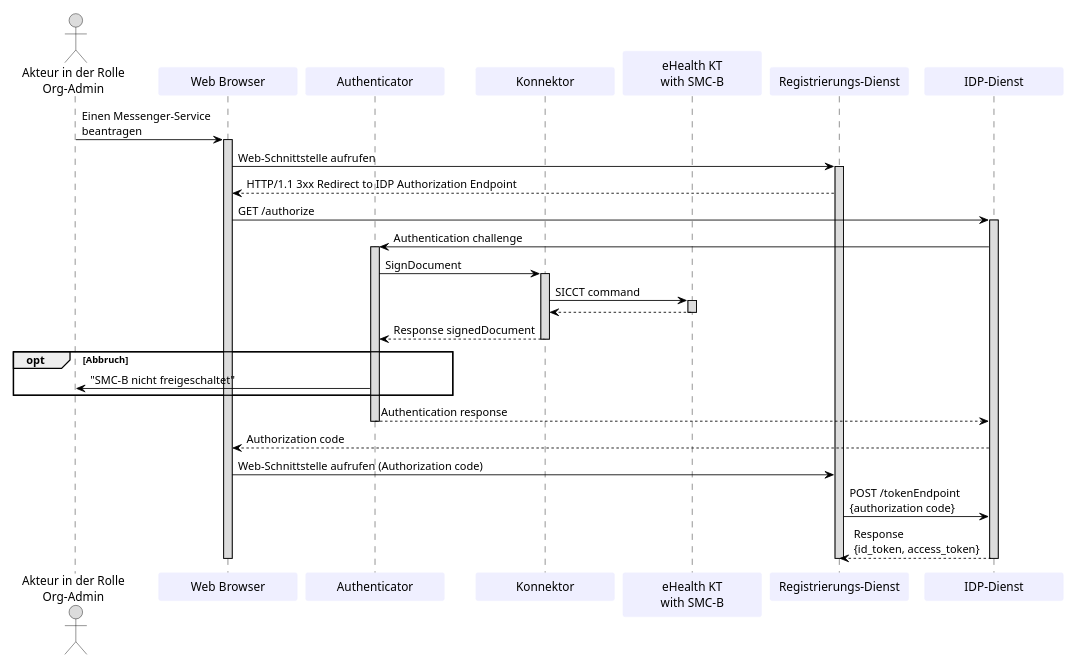
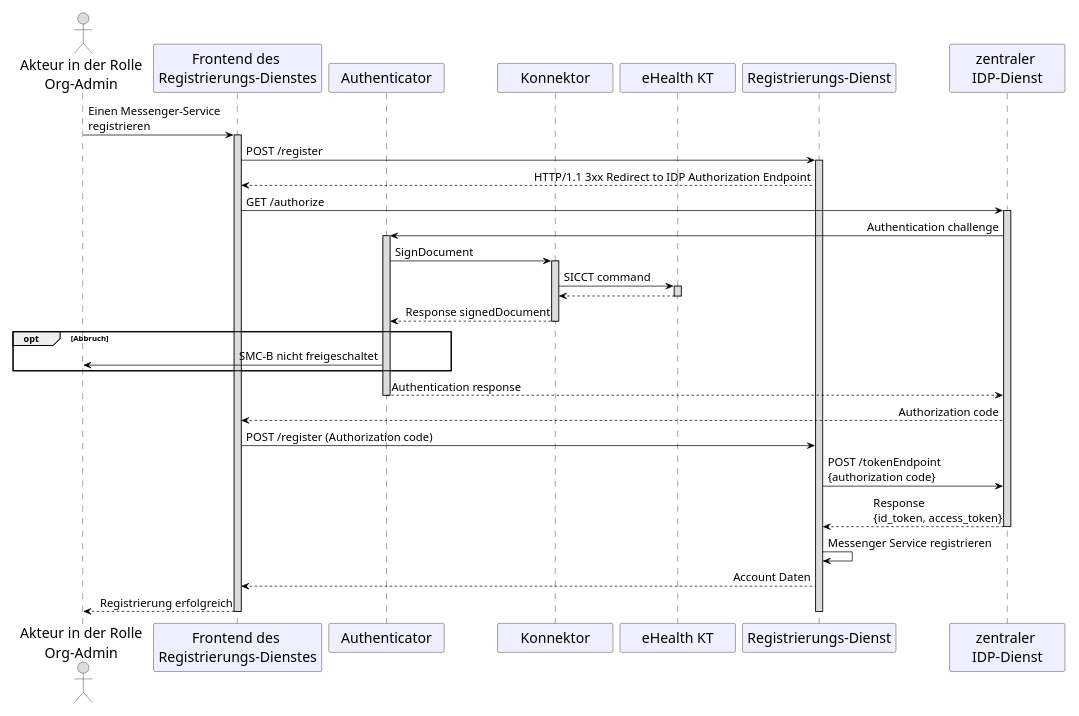
The diagram in src/plantuml/TI-Messenger, Sequenzdiagramm Bestellung eines TI-Messenger Service.puml (gematik/api-ti-messenger), drawn with PlantUML before and after one commit.

Commit message:
Update TI-Messenger, Sequenzdiagramm Bestellung eines TI-Messenger Service.puml

```diff
--- a/src/plantuml/TI-Messenger, Sequenzdiagramm Bestellung eines TI-Messenger Service.puml
+++ b/src/plantuml/TI-Messenger, Sequenzdiagramm Bestellung eines TI-Messenger Service.puml
@@ -1,68 +1,72 @@
 @startuml
-skinparam defaultTextAlignment center
-skinparam sequenceMessageAlign left
+skinparam sequenceMessageAlign direction
 skinparam WrapWidth 300
 skinparam minClassWidth 150
 skinparam BoxPadding 1
 scale max 850 width
 
 skinparam sequence {
 ArrowColor black
+ArrowFontSize 16
 ActorBorderColor black
 LifeLineBorderColor black
 LifeLineBackgroundColor Gainsboro
 
 ParticipantBorderColor Motivation
 ParticipantBackgroundColor Motivation
 ParticipantFontName Impact
-ParticipantFontSize 14
+ParticipantFontSize 20
 ParticipantFontColor black
+ParticipantBorderColor Black
+ParticipantBackgroundColor MOTIVATION
 
 ActorBackgroundColor Gainsboro
 ActorFontColor black
-ActorFontSize 14
+ActorFontSize 20
 ActorFontName Aapex
 }
 
 'title "TI-M, Sequenzdiagramm Bestellung eines Messenger-Service"
 actor oa as "Akteur in der Rolle\nOrg-Admin"
-participant wb as "Web Browser"
+participant wb as "Frontend des \nRegistrierungs-Dienstes"
 participant au as "Authenticator"
 participant ko as "Konnektor"
-participant kt as "eHealth KT\nwith SMC-B"
+participant kt as "eHealth KT"
 participant rd as "Registrierungs-Dienst"
-participant ip as "IDP-Dienst"
+participant ip as "zentraler \nIDP-Dienst"
 
-oa -> wb: Einen Messenger-Service \nbeantragen
+oa -> wb: Einen Messenger-Service \nregistrieren
 activate wb
-wb -> rd: Web-Schnittstelle aufrufen 
+wb -> rd:POST /register 
 activate rd
 rd --> wb: HTTP/1.1 3xx Redirect to IDP Authorization Endpoint
 wb -> ip: GET /authorize
 activate ip
 ip -> au: Authentication challenge
 'wb -> au: Authentication
 activate au
 au -> ko: SignDocument
 activate ko
 ko -> kt: SICCT command
 activate kt
 kt --> ko
 deactivate kt
 ko --> au: Response signedDocument
 deactivate ko
 opt Abbruch
-au -> oa: "SMC-B nicht freigeschaltet"
+au -> oa: SMC-B nicht freigeschaltet
 end
 'au -->wb: Authentication response
 au -->ip: Authentication response
 deactivate au
 ip --> wb: Authorization code
-wb -> rd: Web-Schnittstelle aufrufen (Authorization code)
-'rd --> wb: Order Response
+wb -> rd: POST /register (Authorization code)
 rd -> ip: POST /tokenEndpoint\n{authorization code}
 ip --> rd: Response\n{id_token, access_token}
 deactivate ip
+rd -> rd: Messenger Service registrieren
+rd --> wb: Account Daten
+wb --> oa: Registrierung erfolgreich
 deactivate rd
 deactivate wb
 @enduml
```
